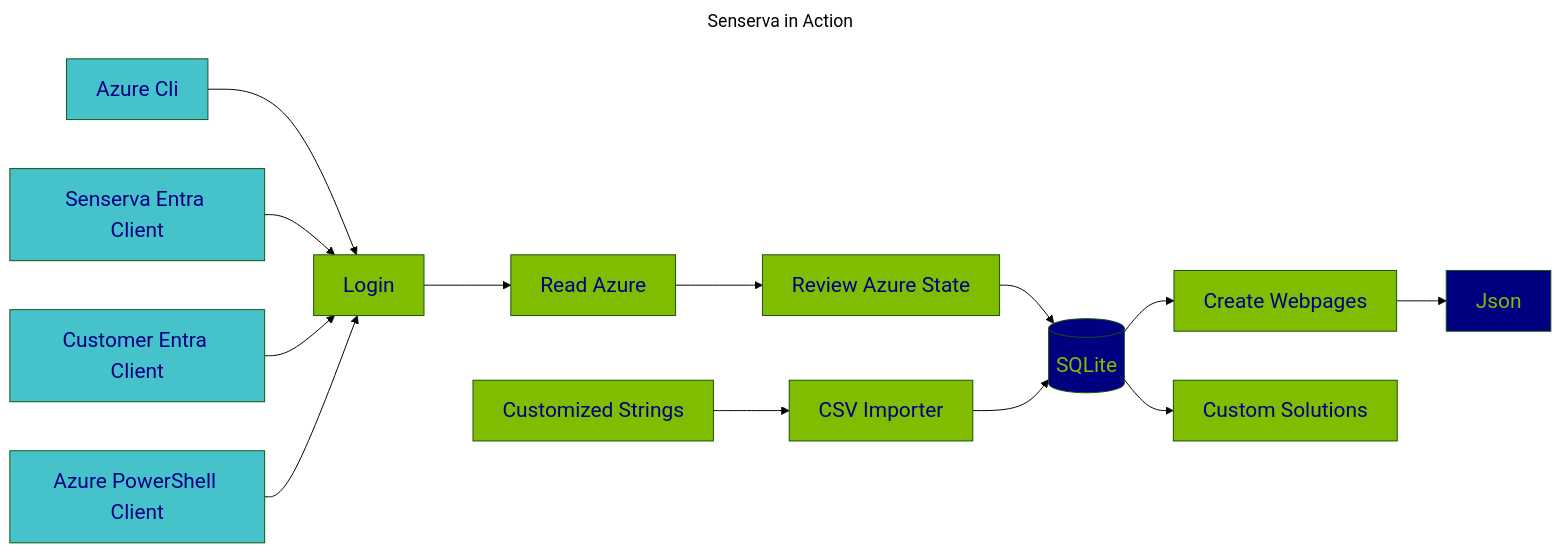
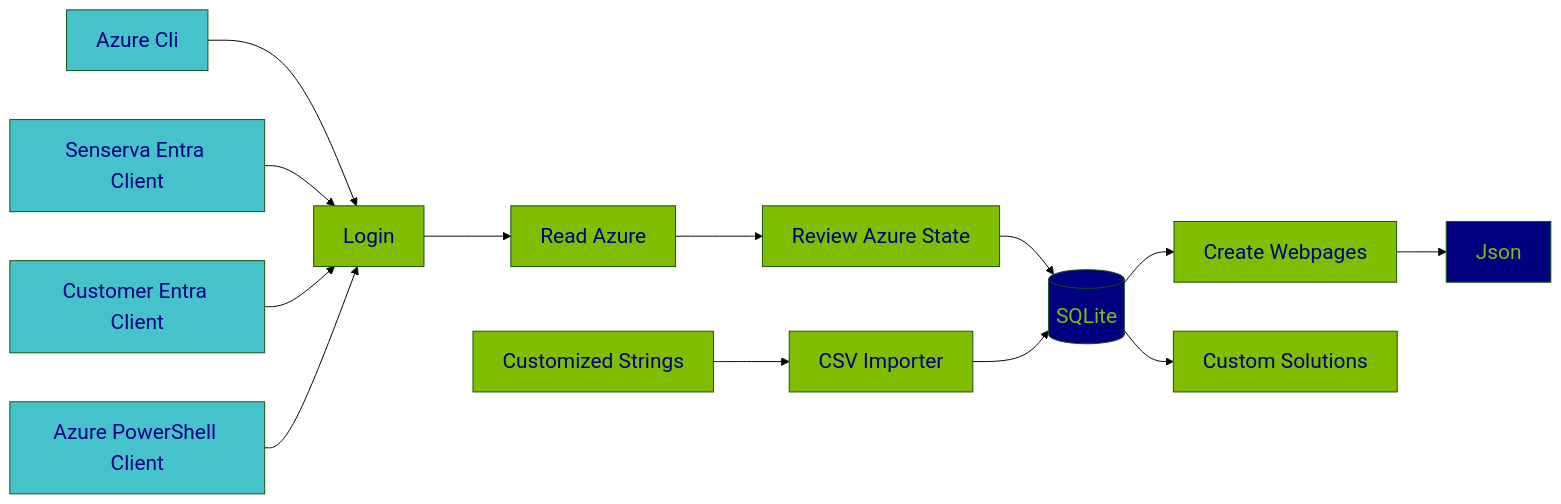
The first of 2 diagrams in README.md (Senserva-LLC/Senserva-Inquisitor), drawn with Mermaid (forest theme) before and after one commit. The commit also changed other lines of this file, not shown here.

````diff
--- a/README.md
+++ b/README.md
@@ -79,31 +79,27 @@
 ```mermaid
----
-title: Senserva in Action
----
-
 
 graph LR;
     Login --> read-azure[Read Azure] --> Review-Azure-State[Review Azure State] --> Database[(SQLite)] --> Create-Webpages[Create Webpages];
     Azure-Cli-Client[Azure Cli] -->Login;
     Senserva-EntraID-Client[Senserva Entra Client] -->Login;
     Customer-EntraID-Client[Customer Entra Client] -->Login;
     Powershell-Cli-Client[Azure PowerShell Client] -->Login;
     User-Customized-Strings[Customized Strings] --> CSV-Importer[CSV Importer];
     CSV-Importer --> Database[(SQLite)]
     Create-Webpages --> Json;
     Database[(SQLite)] --> Custom-Solutions[Custom Solutions]
 style Login fill:#80BC00,color:#000080,font-size:16pt
 style Customer-EntraID-Client fill:#46C2CB,color:#000080,font-size:16pt
 style Azure-Cli-Client fill:#46C2CB,color:#000080,font-size:16pt
 style Senserva-EntraID-Client fill:#46C2CB,color:#000080,font-size:16pt
 style Powershell-Cli-Client fill:#46C2CB,color:#000080,font-size:16pt
 style CSV-Importer fill:#80BC00,color:#000080,font-size:16pt
 style Create-Webpages fill:#80BC00,color:#000080,font-size:16pt
 style Database fill:#000080,color:#80BC00,font-size:16pt
 style Custom-Solutions fill:#80BC00,color:#000080,font-size:16pt
 style Create-Webpages fill:#80BC00,color:#000080,font-size:16pt
 style Review-Azure-State fill:#80BC00,color:#000080,font-size:16pt
 style read-azure fill:#80BC00,color:#000080,font-size:16pt
 style User-Customized-Strings fill:#80BC00,color:#000080,font-size:16pt
 style Json fill:#000080,color:#80BC00,font-size:16pt
 ```
````
